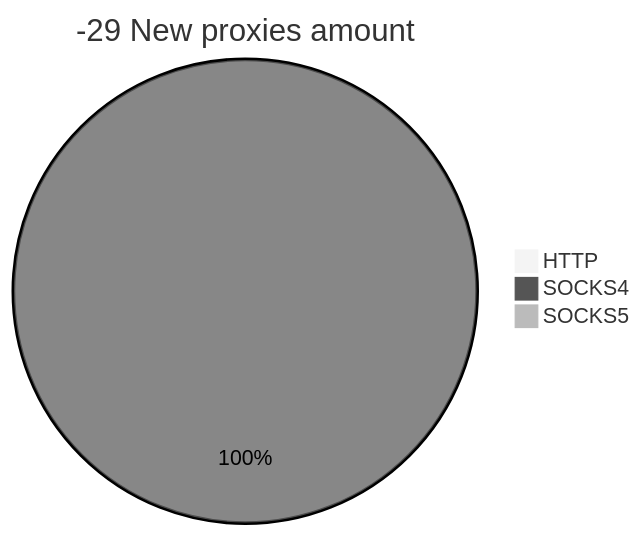
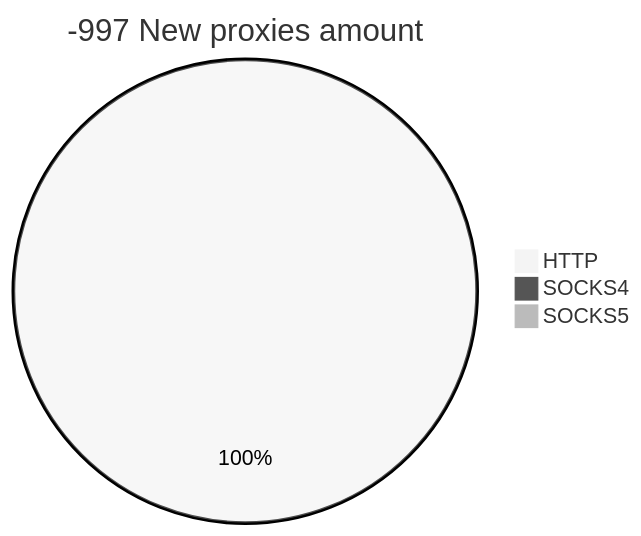
One commit to cutipu/proxylist changed the second of 2 diagrams in README.md. Above: the diagram before and after it, drawn with Mermaid (neutral theme). The commit also changed other lines of this file, not shown here.

````diff
--- a/README.md
+++ b/README.md
@@ -10,6 +10,6 @@
 ```mermaid
-pie title -29 New proxies amount
-    "HTTP" : 0
-    "SOCKS4" : 20
+pie title -997 New proxies amount
+    "HTTP" : 175
+    "SOCKS4" : 0
     "SOCKS5" : 0
 ```
````
